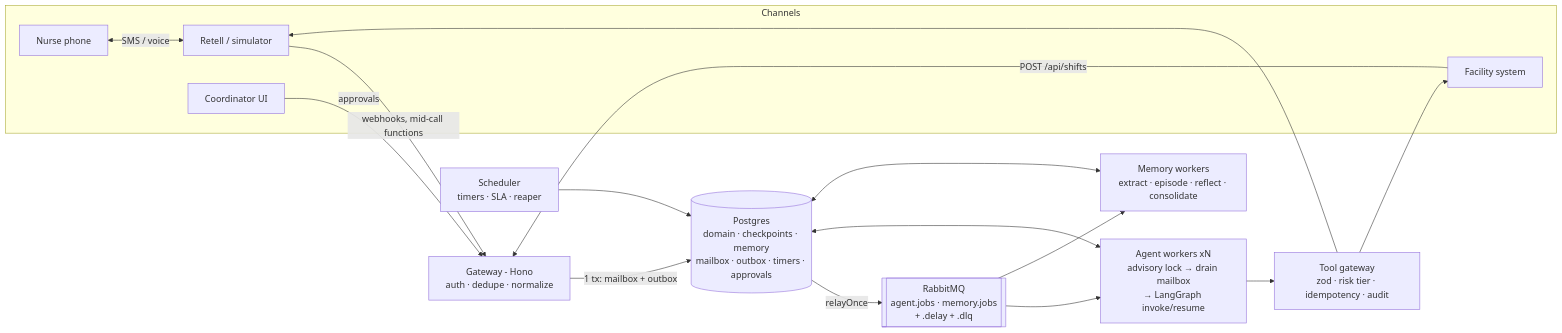
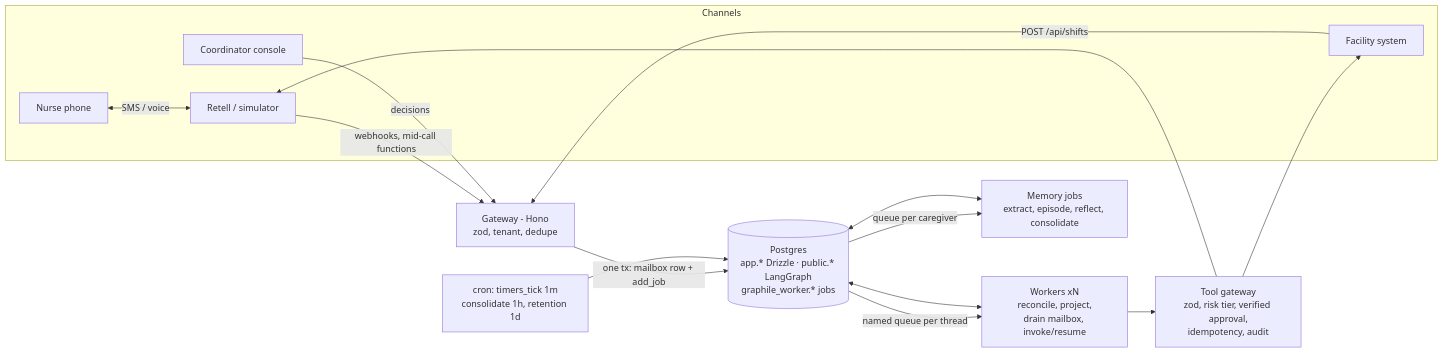
Before and after one commit to shyamhq/basic: the diagram in docs/01_ARCHITECTURE.md, drawn with Mermaid. The commit also changed other lines of this file and 6 other files, not shown here.

First line of the commit message:
Update docs for the reviewed architecture (Drizzle, graphile-worker, review findings)

````diff
--- a/docs/01_ARCHITECTURE.md
+++ b/docs/01_ARCHITECTURE.md
@@ -16,21 +17,20 @@
 ```mermaid
 flowchart LR
   subgraph Channels
     N[Nurse phone] <-->|SMS / voice| R[Retell / simulator]
-    F[Facility system] 
-    H[Coordinator UI]
+    F[Facility system]
+    H[Coordinator console]
   end
   R -->|webhooks, mid-call functions| G
   F -->|POST /api/shifts| G
-  H -->|approvals| G
-  G[Gateway - Hono<br/>auth · dedupe · normalize] -->|1 tx: mailbox + outbox| PG[(Postgres<br/>domain · checkpoints · memory<br/>mailbox · outbox · timers · approvals)]
-  PG -->|relayOnce| MQ[[RabbitMQ<br/>agent.jobs · memory.jobs<br/>+ .delay + .dlq]]
-  MQ --> W[Agent workers xN<br/>advisory lock → drain mailbox<br/>→ LangGraph invoke/resume]
-  MQ --> MW[Memory workers<br/>extract · episode · reflect · consolidate]
-  W --> T[Tool gateway<br/>zod · risk tier · idempotency · audit]
+  H -->|decisions| G
+  G[Gateway - Hono<br/>zod, tenant, dedupe] -->|one tx: mailbox row + add_job| PG[(Postgres<br/>app.* Drizzle · public.* LangGraph<br/>graphile_worker.* jobs)]
+  PG -->|named queue per thread| W[Workers xN<br/>reconcile, project,<br/>drain mailbox, invoke/resume]
+  PG -->|queue per caregiver| MW[Memory jobs<br/>extract, episode, reflect, consolidate]
+  W --> T[Tool gateway<br/>zod, risk tier, verified approval,<br/>idempotency, audit]
   T --> R
   T --> F
-  S[Scheduler<br/>timers · SLA · reaper] --> PG
+  C[cron: timers_tick 1m<br/>consolidate 1h, retention 1d] --> PG
   W <--> PG
   MW <--> PG
 ```
````
